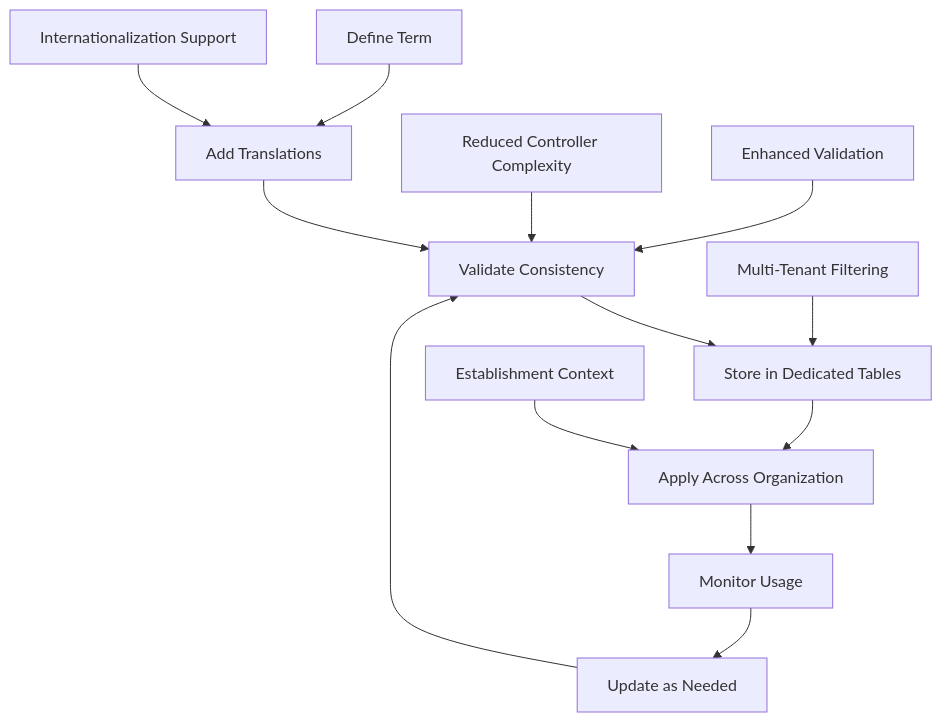
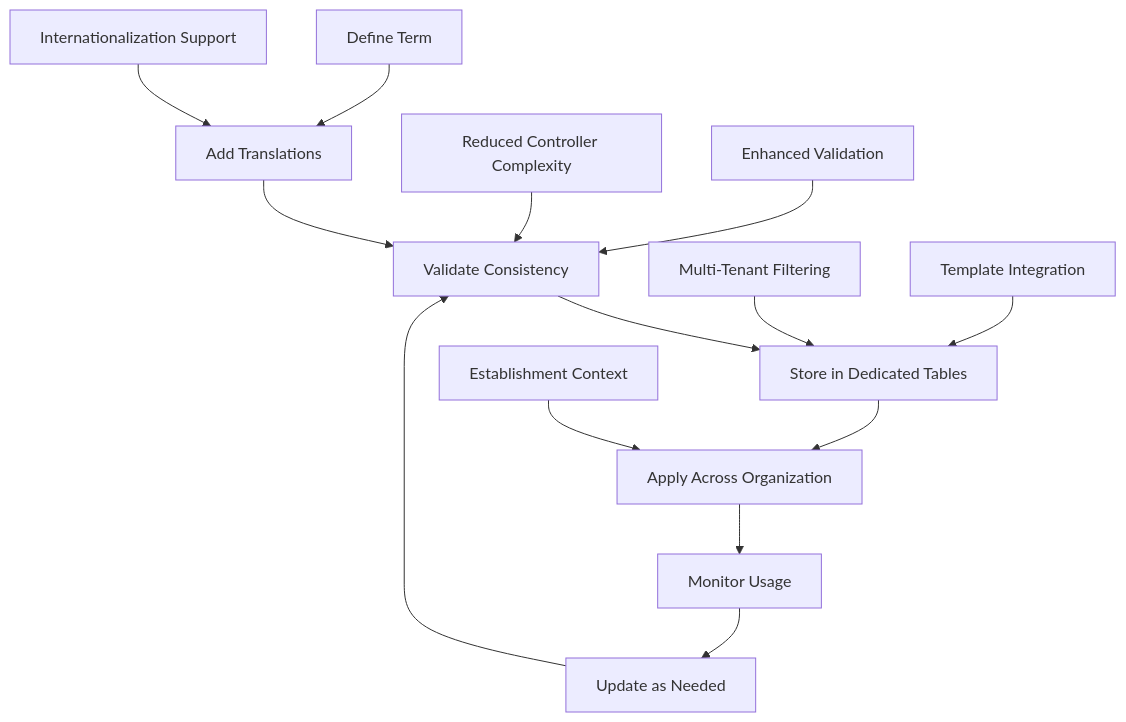
The seventh of 12 diagrams in .qoder/repowiki/en/content/Human Resources Management/Personnel Administration/Organizational Structure.md (franckylab/eLISAschool), drawn with Mermaid before and after one commit. The commit also changed other lines of this file and 21 other files, not shown here.

````diff
--- a/.qoder/repowiki/en/content/Human Resources Management/Personnel Administration/Organizational Structure.md
+++ b/.qoder/repowiki/en/content/Human Resources Management/Personnel Administration/Organizational Structure.md
@@ -316,15 +459,16 @@
 ```mermaid
 flowchart TD
 A["Define Term"] --> B["Add Translations"]
 B --> C["Validate Consistency"]
 C --> D["Store in Dedicated Tables"]
 D --> E["Apply Across Organization"]
 E --> F["Monitor Usage"]
 F --> G["Update as Needed"]
 G --> C
 H["Reduced Controller Complexity"] --> C
 I["Enhanced Validation"] --> C
 J["Internationalization Support"] --> B
 K["Multi-Tenant Filtering"] --> D
 L["Establishment Context"] --> E
+M["Template Integration"] --> D
 ```
````
